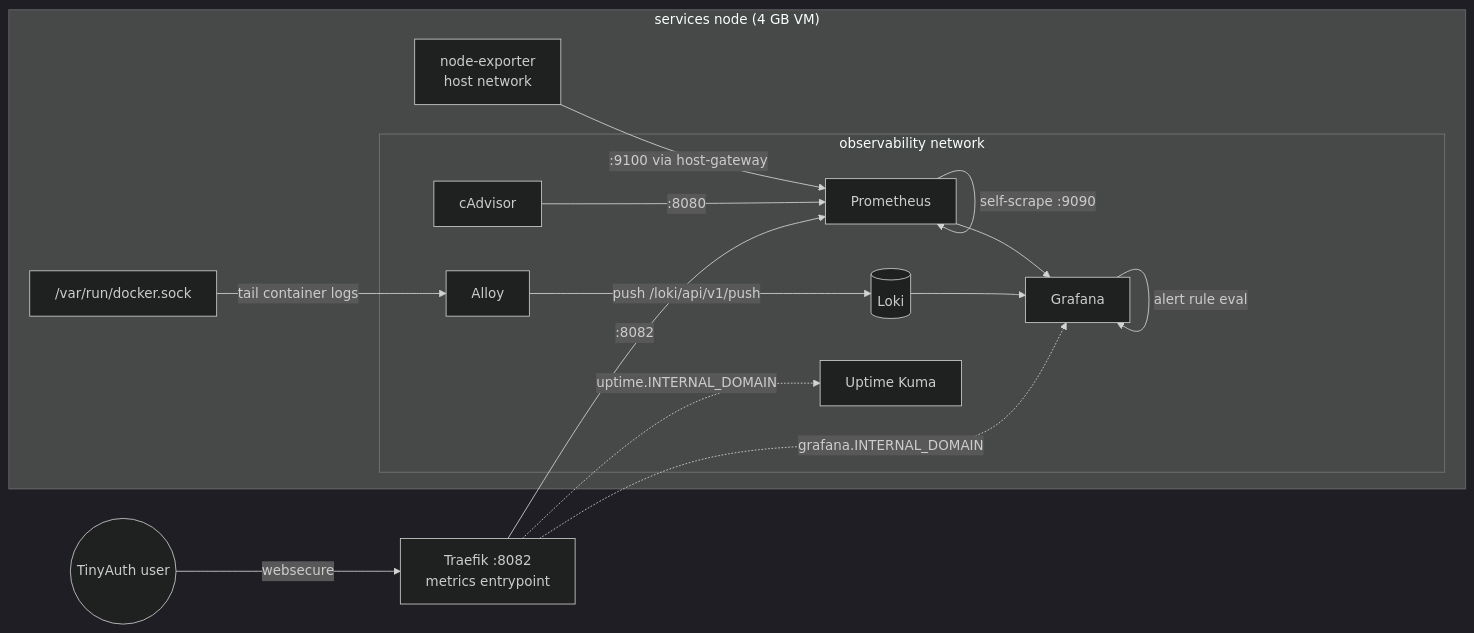
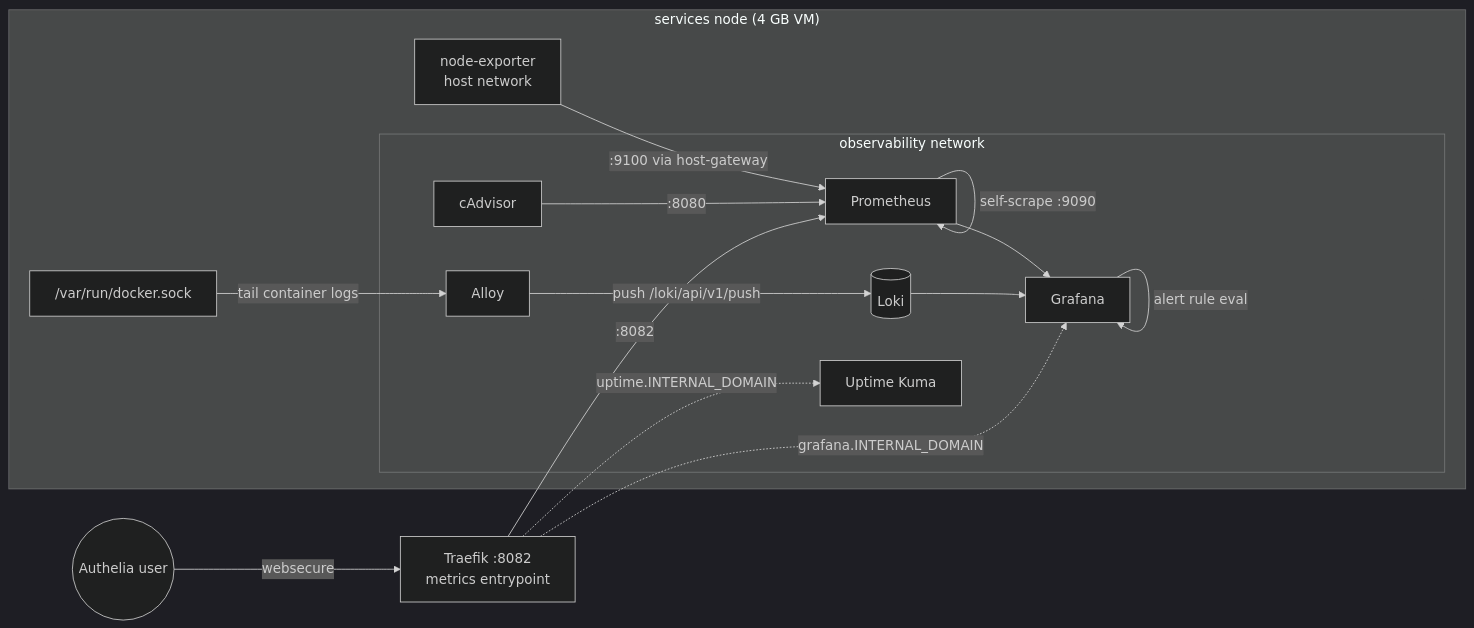
One commit to v2e-sh/v2e-docs changed the first of 3 diagrams in docs/system/observability.md. Above: the diagram before and after it, drawn with Mermaid (dark theme). The commit also changed other lines of this file and 5 other files, not shown here.

````diff
--- a/docs/system/observability.md
+++ b/docs/system/observability.md
@@ -39,32 +39,32 @@
 ```mermaid
 flowchart LR
   subgraph host["services node (4 GB VM)"]
     subgraph obsnet["observability network"]
       prom[Prometheus]
       graf[Grafana]
       loki[(Loki)]
       alloy[Alloy]
       cad[cAdvisor]
       kuma[Uptime Kuma]
     end
     ne[node-exporter<br/>host network]
     dsock["/var/run/docker.sock"]
   end
   traefik[Traefik :8082<br/>metrics entrypoint]
 
   ne -->|:9100 via host-gateway| prom
   cad -->|:8080| prom
   traefik -->|:8082| prom
   prom -->|self-scrape :9090| prom
 
   dsock -->|tail container logs| alloy
   alloy -->|push /loki/api/v1/push| loki
 
   prom --> graf
   loki --> graf
   graf -->|alert rule eval| graf
 
-  user((TinyAuth user)) -->|websecure| traefik
+  user((Authelia user)) -->|websecure| traefik
   traefik -.->|grafana.INTERNAL_DOMAIN| graf
   traefik -.->|uptime.INTERNAL_DOMAIN| kuma
 ```
````
